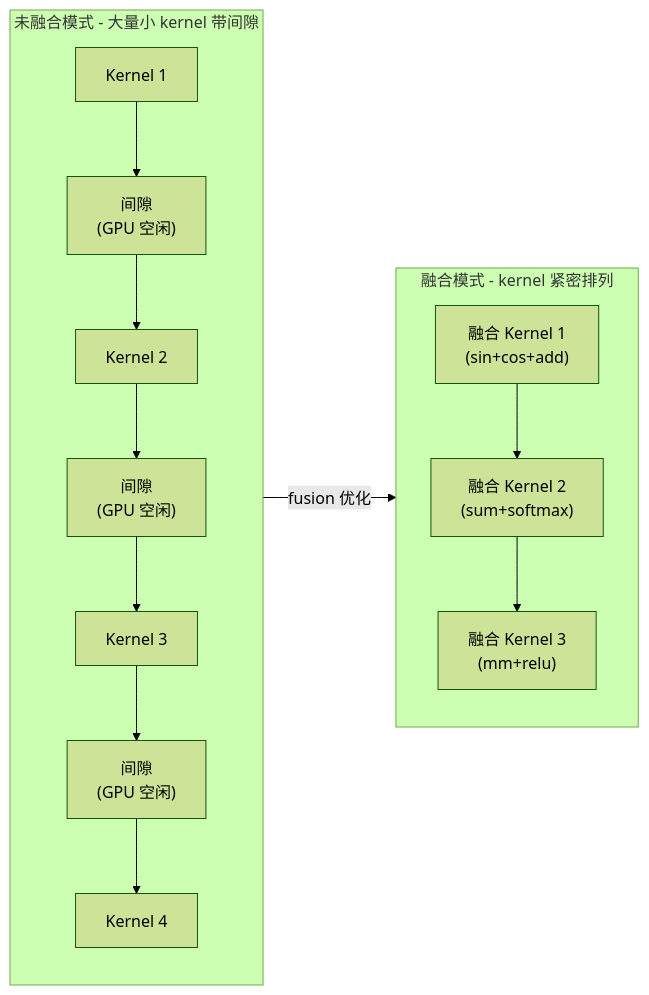
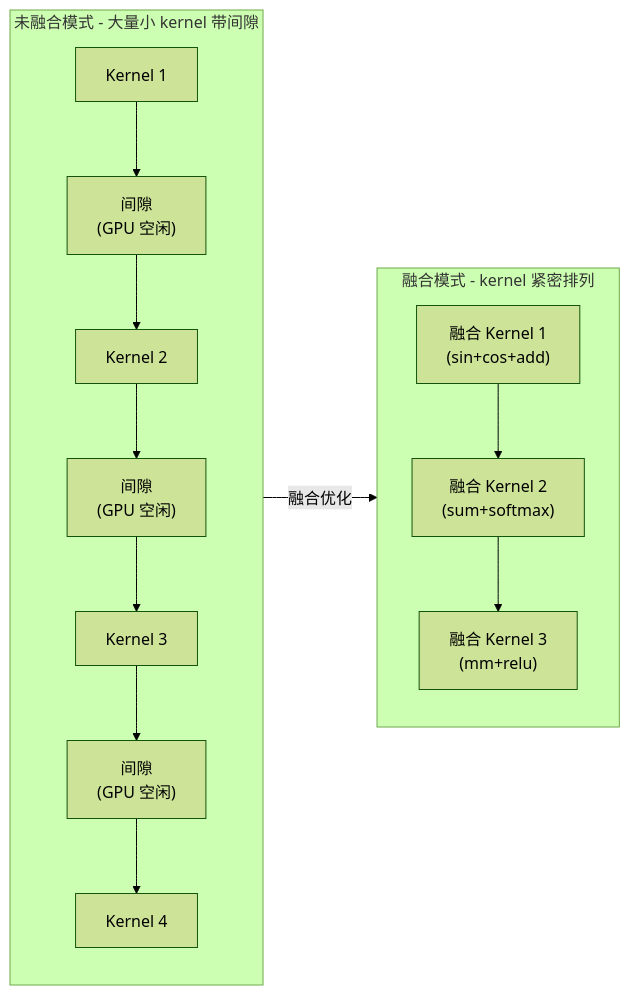
Before and after one commit to noisystreet/deep_dive_into_torch_compile: the second of 2 diagrams in source/chapter_08_debug/04_profiling.rst, drawn with Mermaid (forest theme). The commit also changed other lines of this file and 21 other files, not shown here.

```diff
--- a/source/chapter_08_debug/04_profiling.rst
+++ b/source/chapter_08_debug/04_profiling.rst
@@ -178,19 +178,19 @@
 .. mermaid::
 
    graph LR
        subgraph Unfused["未融合模式 - 大量小 kernel 带间隙"]
            K1["Kernel 1"] --> G1["间隙<br/>(GPU 空闲)"]
            G1 --> K2["Kernel 2"]
            K2 --> G2["间隙<br/>(GPU 空闲)"]
            G2 --> K3["Kernel 3"]
            K3 --> G3["间隙<br/>(GPU 空闲)"]
            G3 --> K4["Kernel 4"]
        end
 
        subgraph Fused["融合模式 - kernel 紧密排列"]
            F1["融合 Kernel 1<br/>(sin+cos+add)"]
            F1 --> F2["融合 Kernel 2<br/>(sum+softmax)"]
            F2 --> F3["融合 Kernel 3<br/>(mm+relu)"]
        end
 
-       Unfused -->|"fusion 优化"| Fused
+       Unfused -->|"融合优化"| Fused
```
